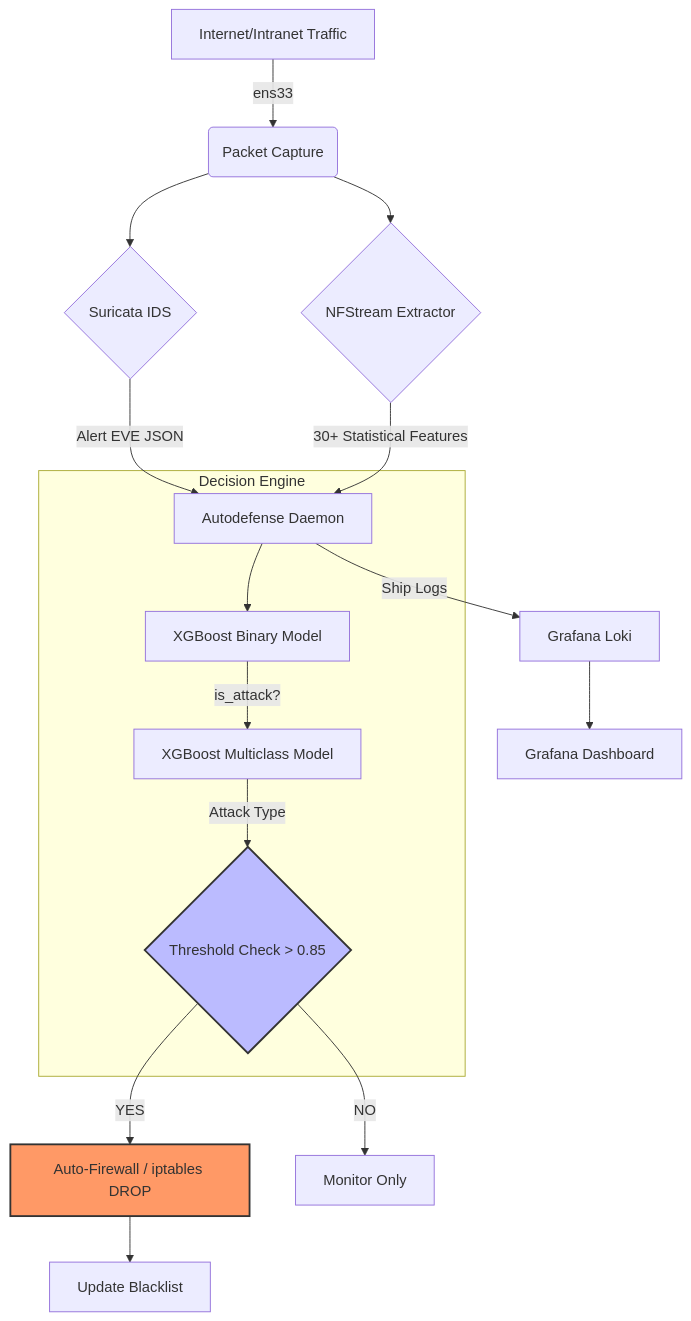
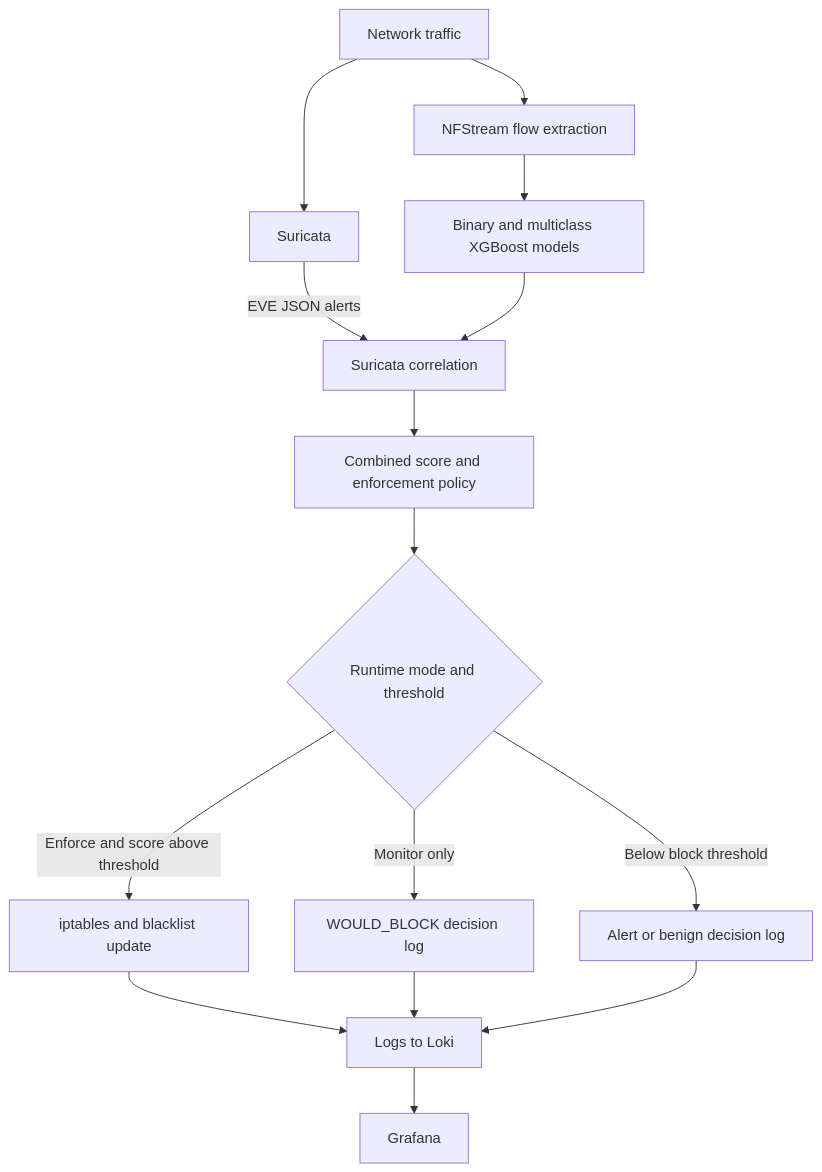
Before and after one commit to DuongMinhTien22ba13297/IDPS: the diagram in README.md, drawn with Mermaid. The commit also changed other lines of this file, not shown here.

Commit message:
docs: align README with checked-in models, metrics and deployment

````diff
--- a/README.md
+++ b/README.md
@@ -55,25 +33,17 @@
 ```mermaid
 graph TD
-    A[Internet/Intranet Traffic] -->|ens33| B(Packet Capture)
-    B --> C{Suricata IDS}
-    B --> D{NFStream Extractor}
-    
-    C -->|Alert EVE JSON| E[Autodefense Daemon]
-    D -->|30+ Statistical Features| E
-    
-    subgraph "Decision Engine"
-    E --> F[XGBoost Binary Model]
-    F -->|is_attack?| G[XGBoost Multiclass Model]
-    G -->|Attack Type| H{Threshold Check > 0.85}
-    end
-    
-    H -->|YES| I[Auto-Firewall / iptables DROP]
-    H -->|NO| J[Monitor Only]
-    
-    I --> K[Update Blacklist]
-    E -->|Ship Logs| L[Grafana Loki]
-    L --> M[Grafana Dashboard]
-    
-    style I fill:#f96,stroke:#333,stroke-width:2px
-    style H fill:#bbf,stroke:#333,stroke-width:2px
+    A[Network traffic] --> B[NFStream flow extraction]
+    A --> C[Suricata]
+    B --> D[Binary and multiclass XGBoost models]
+    C -->|EVE JSON alerts| E[Suricata correlation]
+    D --> E
+    E --> F[Combined score and enforcement policy]
+    F --> G{Runtime mode and threshold}
+    G -->|Enforce and score above threshold| H[iptables and blacklist update]
+    G -->|Monitor only| I[WOULD_BLOCK decision log]
+    G -->|Below block threshold| J[Alert or benign decision log]
+    H --> K[Logs to Loki]
+    I --> K
+    J --> K
+    K --> L[Grafana]
 ```
````
